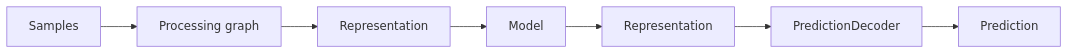
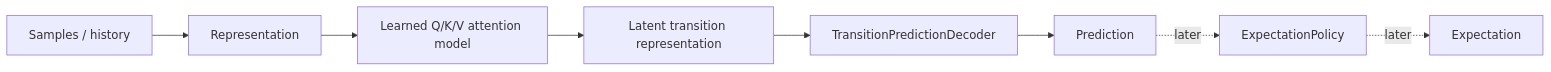
One commit to skasti/skyn-vaettr changed the first of 6 diagrams in docs/expectations.md. Above: the diagram before and after it, drawn with Mermaid. The commit also changed other lines of this file, not shown here.

Commit message:
docs: document QKV prediction pivot and parked expectations

````diff
--- a/docs/expectations.md
+++ b/docs/expectations.md
@@ -11,9 +11,10 @@
 ```mermaid
 flowchart LR
-    S[Samples] --> G[Processing graph]
-    G --> R[Representation]
-    R --> M[Model]
-    M --> O[Representation]
-    O --> D[PredictionDecoder]
+    S[Samples / history] --> R[Representation]
+    R --> A[Learned Q/K/V attention model]
+    A --> O[Latent transition representation]
+    O --> D[TransitionPredictionDecoder]
     D --> P[Prediction]
+    P -. later .-> E[ExpectationPolicy]
+    E -. later .-> X[Expectation]
 ```
````
